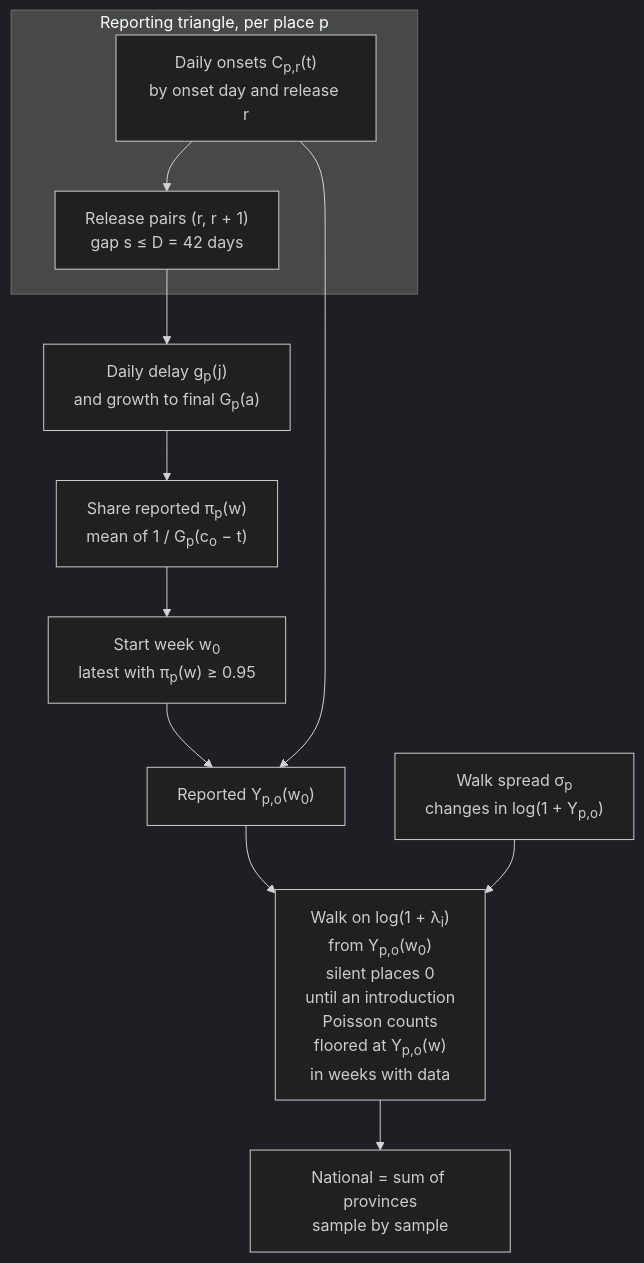
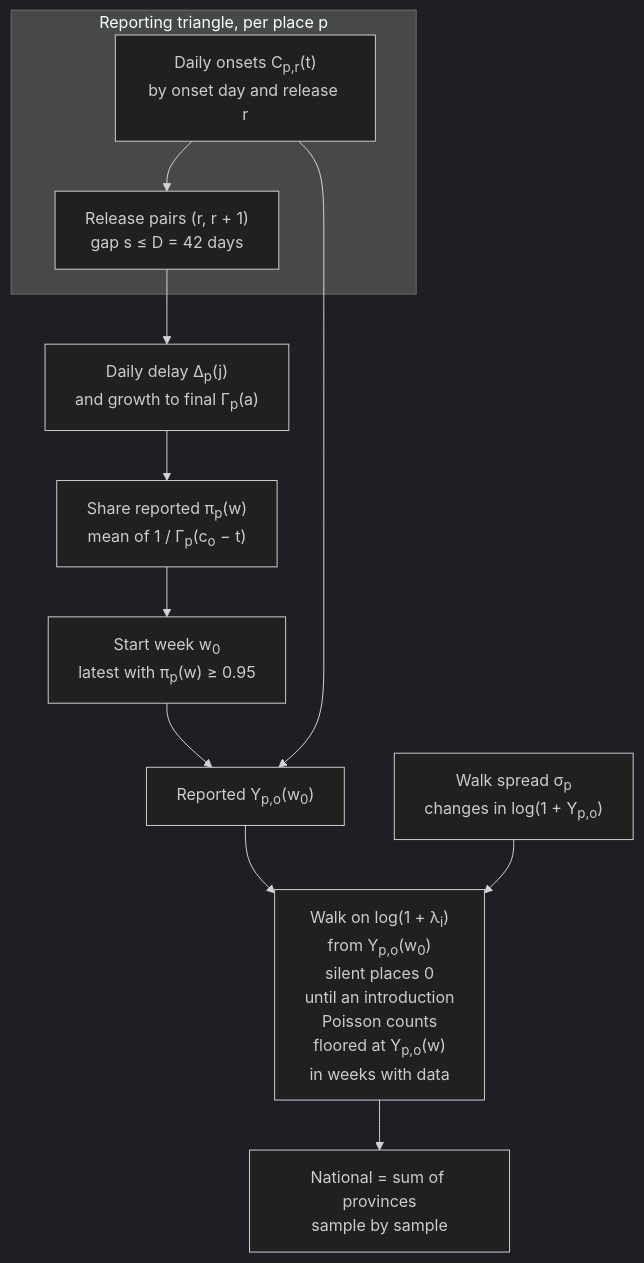
One commit to seabbs/BDBVHubRenewal changed the second of 2 diagrams in docs/methods/baselines.md. Above: the diagram before and after it, drawn with Mermaid (dark theme). The commit also changed other lines of this file and 3 other files, not shown here.

````diff
--- a/docs/methods/baselines.md
+++ b/docs/methods/baselines.md
@@ -48,24 +48,24 @@
 ```mermaid
 flowchart TD
     subgraph TRI["Reporting triangle, per place p"]
         SNAP["Daily onsets C<sub>p,r</sub>(t)<br/>by onset day and release r"]
         PAIR["Release pairs (r, r + 1)<br/>gap s ≤ D = 42 days"]
     end
-    DEL["Daily delay g<sub>p</sub>(j)<br/>and growth to final G<sub>p</sub>(a)"]
-    PI["Share reported π<sub>p</sub>(w)<br/>mean of 1 / G<sub>p</sub>(c<sub>o</sub> − t)"]
+    DEL["Daily delay Δ<sub>p</sub>(j)<br/>and growth to final Γ<sub>p</sub>(a)"]
+    PI["Share reported π<sub>p</sub>(w)<br/>mean of 1 / Γ<sub>p</sub>(c<sub>o</sub> − t)"]
     W0["Start week w<sub>0</sub><br/>latest with π<sub>p</sub>(w) ≥ 0.95"]
     Y["Reported Y<sub>p,o</sub>(w<sub>0</sub>)"]
     SIG["Walk spread σ<sub>p</sub><br/>changes in log(1 + Y<sub>p,o</sub>)"]
     W["Walk on log(1 + λ<sub>i</sub>)<br/>from Y<sub>p,o</sub>(w<sub>0</sub>)<br/>silent places 0<br/>until an introduction<br/>Poisson counts<br/>floored at Y<sub>p,o</sub>(w)<br/>in weeks with data"]
     NAT["National = sum of provinces<br/>sample by sample"]
 
     SNAP --> PAIR
     PAIR --> DEL
     DEL --> PI
     PI --> W0
     W0 --> Y
     SNAP --> Y
     Y --> W
     SIG --> W
     W --> NAT
 ```
````
